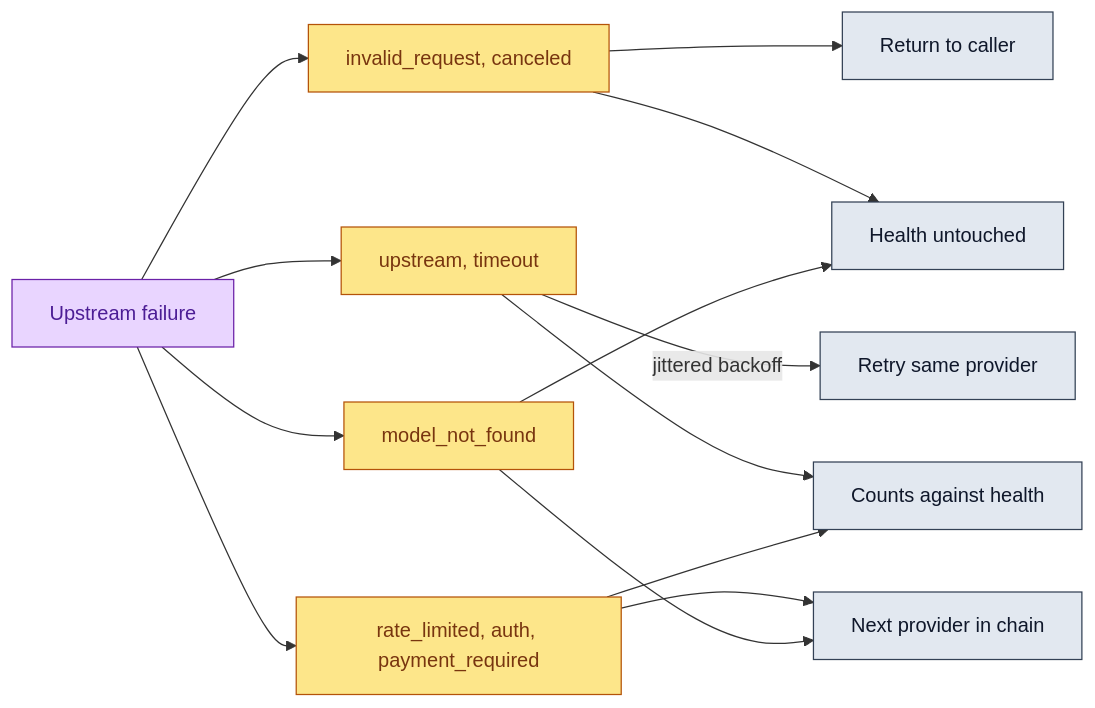
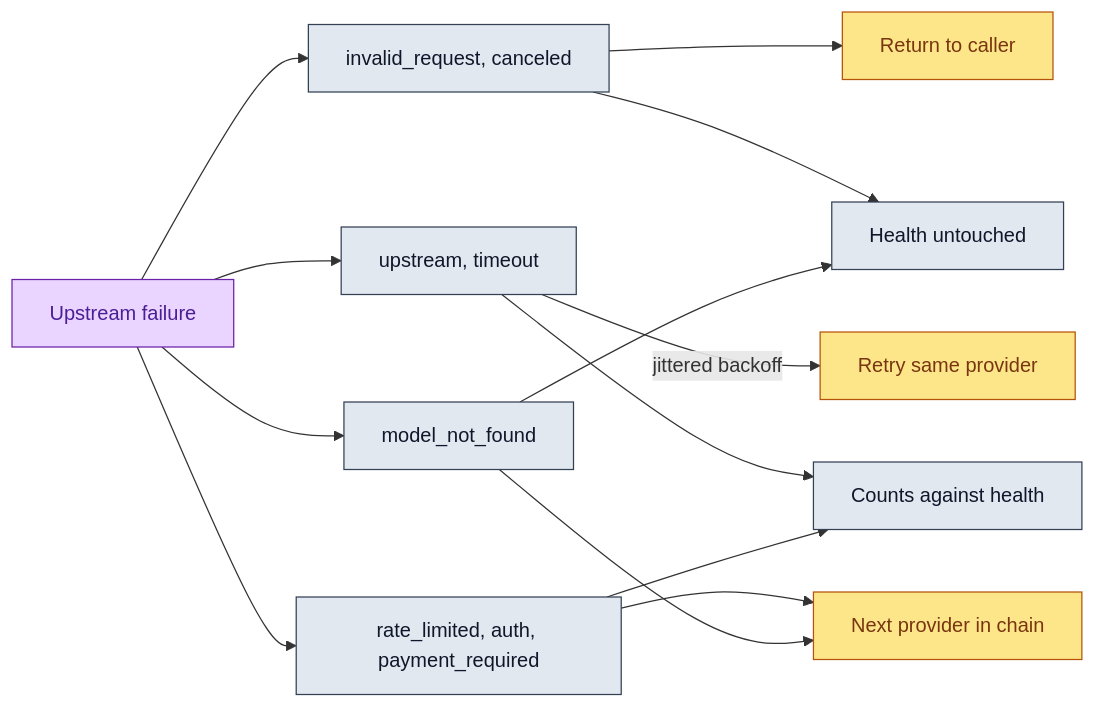
The third of 3 diagrams in docs/architecture.md (rajeev-chaurasia/pen-stock), drawn with Mermaid before and after one commit. The commit also changed other lines of this file and 5 other files, not shown here.

First line of the commit message:
docs: make the diagram palette checkable, and apply it correctly

````diff
--- a/docs/architecture.md
+++ b/docs/architecture.md
@@ -206,34 +232,34 @@
 ```mermaid
 flowchart LR
     FAIL[Upstream failure]
     CALLER[invalid_request, canceled]
     TRANSIENT[upstream, timeout]
     CREDIT[rate_limited, auth, payment_required]
     MISSING[model_not_found]
     RETURN[Return to caller]
     RETRY[Retry same provider]
     NEXT[Next provider in chain]
     BREAKER[Counts against health]
     UNTOUCHED[Health untouched]
 
     FAIL --> CALLER
     FAIL --> TRANSIENT
     FAIL --> CREDIT
     FAIL --> MISSING
     CALLER --> RETURN
     TRANSIENT -->|jittered backoff| RETRY
     CREDIT --> NEXT
     MISSING --> NEXT
     CALLER --> UNTOUCHED
     MISSING --> UNTOUCHED
     TRANSIENT --> BREAKER
     CREDIT --> BREAKER
 
     classDef gateway fill:#e2e8f0,stroke:#334155,color:#0f172a
     classDef policy fill:#fde68a,stroke:#b45309,color:#78350f
     classDef external fill:#e9d5ff,stroke:#6b21a8,color:#4c1d95
 
     class FAIL external
-    class CALLER,TRANSIENT,CREDIT,MISSING policy
-    class RETURN,RETRY,NEXT,BREAKER,UNTOUCHED gateway
+    class CALLER,TRANSIENT,CREDIT,MISSING,BREAKER,UNTOUCHED gateway
+    class RETURN,RETRY,NEXT policy
 ```
````
